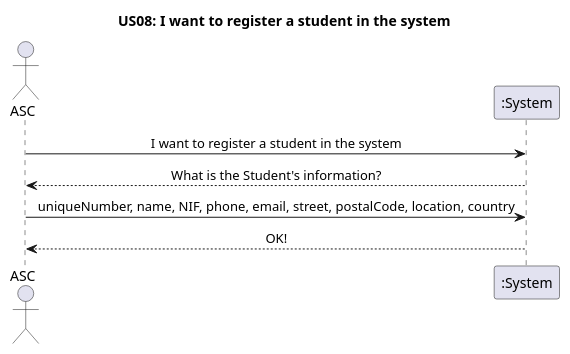
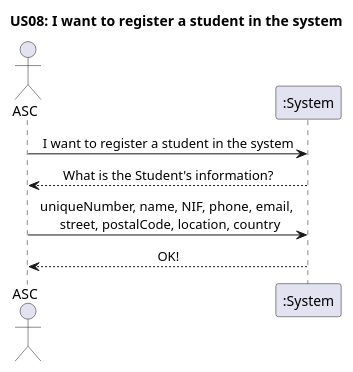
Before and after one commit to GasparISEP/DevOps-PAI: the diagram in docs/US08/US08_RegisterStudentInSystem_SSD.puml, drawn with PlantUML. The commit also changed 1 other file, not shown here.

Commit message:
Refs #153: Added diagram that is referenced by US08_SequenceDiagram and made small change to US08_SSD

```diff
--- a/docs/US08/US08_RegisterStudentInSystem_SSD.puml
+++ b/docs/US08/US08_RegisterStudentInSystem_SSD.puml
@@ -1,15 +1,15 @@
 @startuml
 'https://plantuml.com/sequence-diagram
 
 skinparam sequenceMessageAlign center
 
 title US08: I want to register a student in the system
 actor ASC
 participant ":System" as System
 
 ASC -> System: I want to register a student in the system
 System --> ASC: What is the Student's information?
-ASC -> System: uniqueNumber, name, NIF, phone, email, street, postalCode, location, country
+ASC -> System: uniqueNumber, name, NIF, phone, email, \n street, postalCode, location, country
 System --> ASC: OK!
 
 @enduml
```
